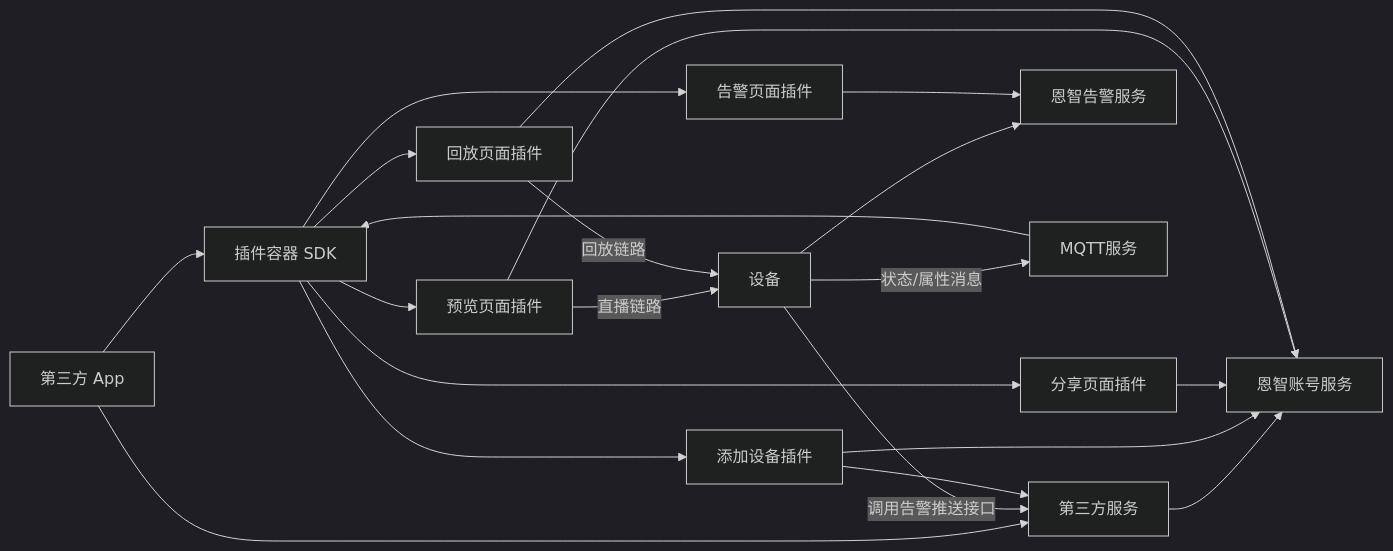
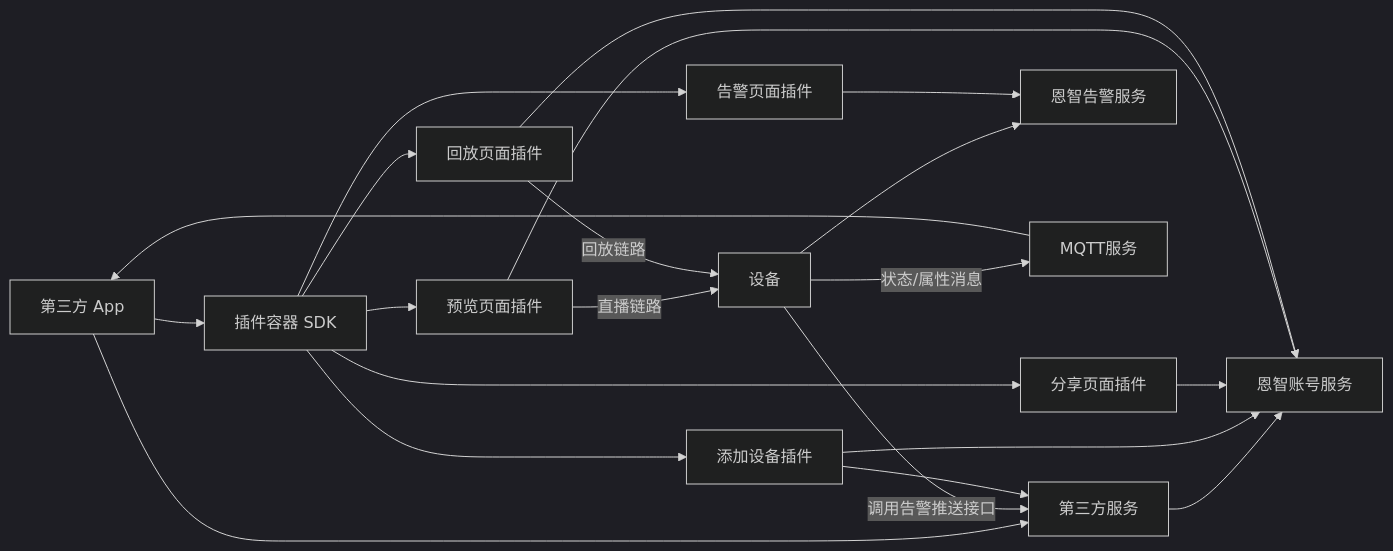
Before and after one commit to itmanlee/IoT-Device-Plugin-Framework: the first of 13 diagrams in App端物联网设备模块插件化开发方案.md, drawn with Mermaid (dark theme). The commit also changed other lines of this file, not shown here.

````diff
--- a/App端物联网设备模块插件化开发方案.md
+++ b/App端物联网设备模块插件化开发方案.md
@@ -33,26 +33,26 @@
 ```mermaid
 flowchart LR
     A[第三方 App] --> B[插件容器 SDK]
     B --> C1[添加设备插件]
     B --> C2[分享页面插件]
     B --> C3[预览页面插件]
     B --> C4[回放页面插件]
     B --> C5[告警页面插件]
 
     A --> D[第三方服务]
     D --> E[恩智账号服务]
     I[设备] --> G[恩智告警服务]
     I -->|调用告警推送接口| D
 
     C1 --> D
     C1 --> E
     C2 --> E
     C3 --> E
     C3 -->|直播链路| I
     C4 --> E
     C4 -->|回放链路| I
     C5 --> G
 
     I -->|状态/属性消息| H
-    H[MQTT服务] --> B
+    H[MQTT服务] --> A
 ```
````
